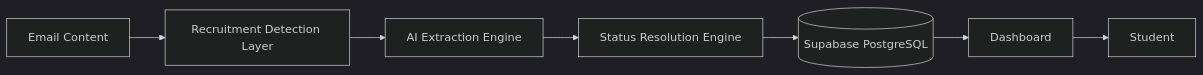
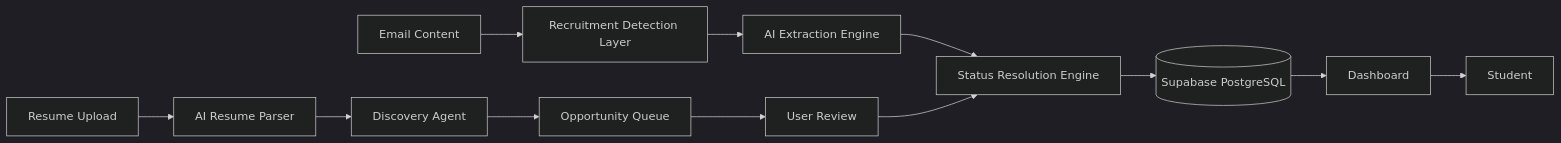
One commit to DivyanshGarg380/Internship_Tracker changed the diagram in README.md. Above: the diagram before and after it, drawn with Mermaid (dark theme). The commit also changed other lines of this file, not shown here.

````diff
--- a/README.md
+++ b/README.md
@@ -343,17 +510,24 @@
 ```mermaid
 flowchart LR
 
     EMAIL[Email Content]
+    RESUME[Resume Upload]
 
     EMAIL --> DETECT[Recruitment Detection Layer]
+    RESUME --> PARSE[AI Resume Parser]
 
     DETECT --> AI[AI Extraction Engine]
+    PARSE --> AGENT[Discovery Agent]
+
+    AGENT --> QUEUE[Opportunity Queue]
+    QUEUE --> USERREVIEW[User Review]
 
     AI --> RESOLVE[Status Resolution Engine]
+    USERREVIEW --> RESOLVE
 
     RESOLVE --> DB[(Supabase PostgreSQL)]
 
     DB --> DASH[Dashboard]
 
     DASH --> USER[Student]
 ```
````
